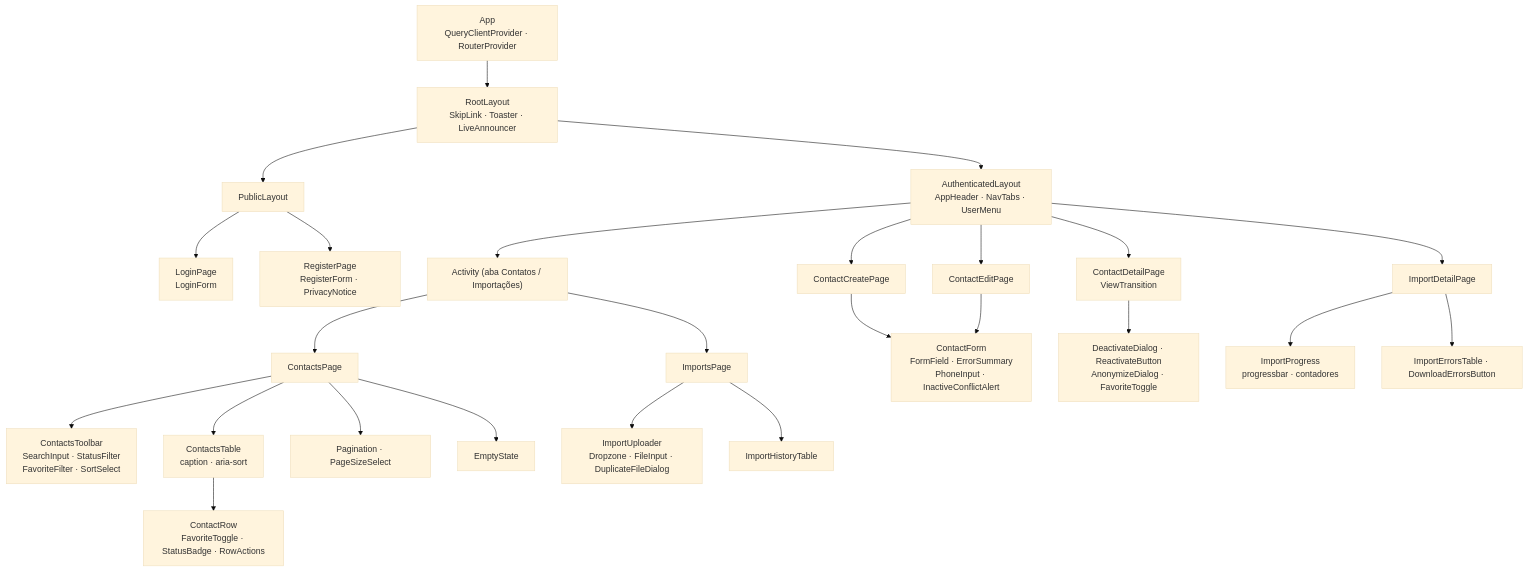
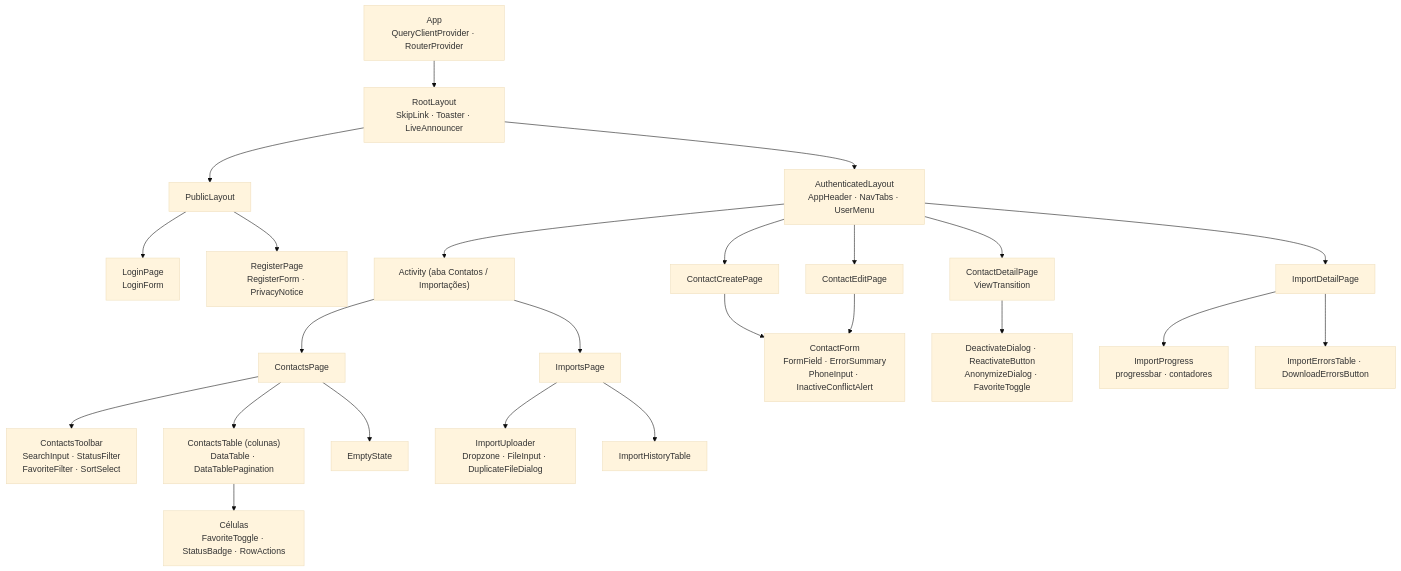
One commit to JulianePires/unimed-contact-manager changed the first of 3 diagrams in docs/06-frontend.md. Above: the diagram before and after it, drawn with Mermaid (base theme). The commit also changed other lines of this file and 27 other files, not shown here.

````diff
--- a/docs/06-frontend.md
+++ b/docs/06-frontend.md
@@ -26,28 +26,27 @@
 ```mermaid
 flowchart TB
   App["App<br/>QueryClientProvider · RouterProvider"] --> Root["RootLayout<br/>SkipLink · Toaster · LiveAnnouncer"]
   Root --> Pub["PublicLayout"]
   Root --> Auth["AuthenticatedLayout<br/>AppHeader · NavTabs · UserMenu"]
 
   Pub --> Login["LoginPage<br/>LoginForm"]
   Pub --> Register["RegisterPage<br/>RegisterForm · PrivacyNotice"]
 
   Auth --> Act["Activity (aba Contatos / Importações)"]
   Act --> CList["ContactsPage"]
   Act --> IList["ImportsPage"]
 
   CList --> Toolbar["ContactsToolbar<br/>SearchInput · StatusFilter<br/>FavoriteFilter · SortSelect"]
-  CList --> Table["ContactsTable<br/>caption · aria-sort"]
-  Table --> Row["ContactRow<br/>FavoriteToggle · StatusBadge · RowActions"]
-  CList --> Pager["Pagination · PageSizeSelect"]
+  CList --> Table["ContactsTable (colunas)<br/>DataTable · DataTablePagination"]
+  Table --> Cells["Células<br/>FavoriteToggle · StatusBadge · RowActions"]
   CList --> Empty["EmptyState"]
 
   Auth --> CNew["ContactCreatePage"] --> CForm["ContactForm<br/>FormField · ErrorSummary<br/>PhoneInput · InactiveConflictAlert"]
   Auth --> CEdit["ContactEditPage"] --> CForm
   Auth --> CDetail["ContactDetailPage<br/>ViewTransition"] --> CActions["DeactivateDialog · ReactivateButton<br/>AnonymizeDialog · FavoriteToggle"]
 
   IList --> Upload["ImportUploader<br/>Dropzone · FileInput · DuplicateFileDialog"]
   IList --> History["ImportHistoryTable"]
   Auth --> IDetail["ImportDetailPage"] --> Prog["ImportProgress<br/>progressbar · contadores"]
   IDetail --> Errs["ImportErrorsTable · DownloadErrorsButton"]
 ```
````
